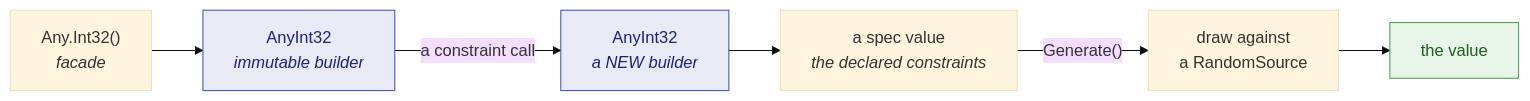
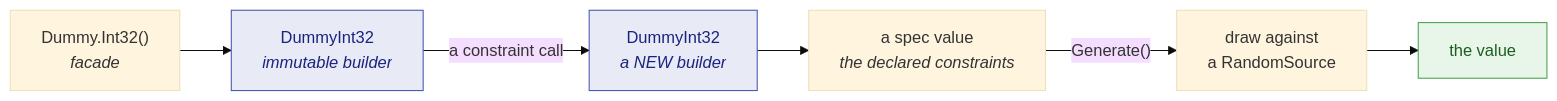
One commit to Reefact/just-dummies changed the first of 2 diagrams in doc/handwritten/for-maintainers/architecture.en.md. Above: the diagram before and after it, drawn with Mermaid (base theme). The commit also changed other lines of this file and 755 other files, not shown here.

````diff
--- a/doc/handwritten/for-maintainers/architecture.en.md
+++ b/doc/handwritten/for-maintainers/architecture.en.md
@@ -43,13 +43,13 @@
 ```mermaid
 flowchart LR
     accTitle: The one shape every generator has
-    accDescr: The Any.Int32() facade returns an immutable AnyInt32 builder. A constraint call returns a NEW builder rather than mutating it. That builder carries a spec value holding the declared constraints, and Generate() draws against a RandomSource to produce the value.
-    F["Any.Int32()<br/><i>facade</i>"] --> B["AnyInt32<br/><i>immutable builder</i>"]
-    B -->|"a constraint call"| B2["AnyInt32<br/><i>a NEW builder</i>"]
+    accDescr: The Dummy.Int32() facade returns an immutable DummyInt32 builder. A constraint call returns a NEW builder rather than mutating it. That builder carries a spec value holding the declared constraints, and Generate() draws against a RandomSource to produce the value.
+    F["Dummy.Int32()<br/><i>facade</i>"] --> B["DummyInt32<br/><i>immutable builder</i>"]
+    B -->|"a constraint call"| B2["DummyInt32<br/><i>a NEW builder</i>"]
     B2 --> S["a spec value<br/><i>the declared constraints</i>"]
     S -->|"Generate()"| D["draw against<br/>a RandomSource"]
     D --> V["the value"]
     style B fill:#e8eaf6,stroke:#3f51b5,color:#1a237e
     style B2 fill:#e8eaf6,stroke:#3f51b5,color:#1a237e
     style V fill:#e8f5e9,stroke:#43a047,color:#1b5e20
 ```
````
